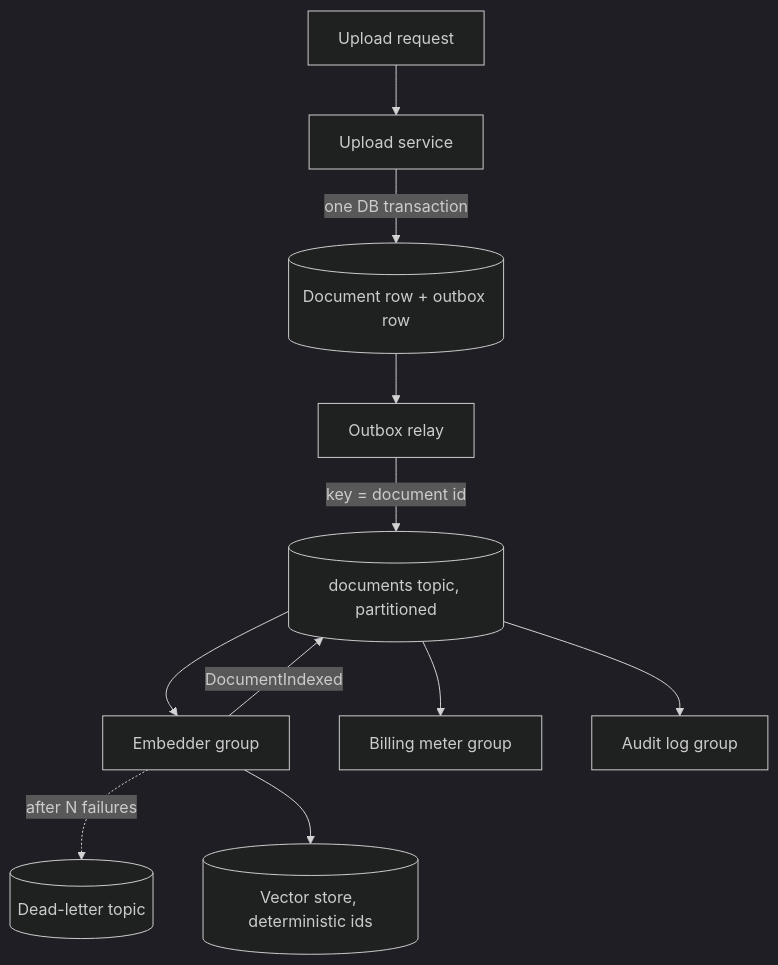
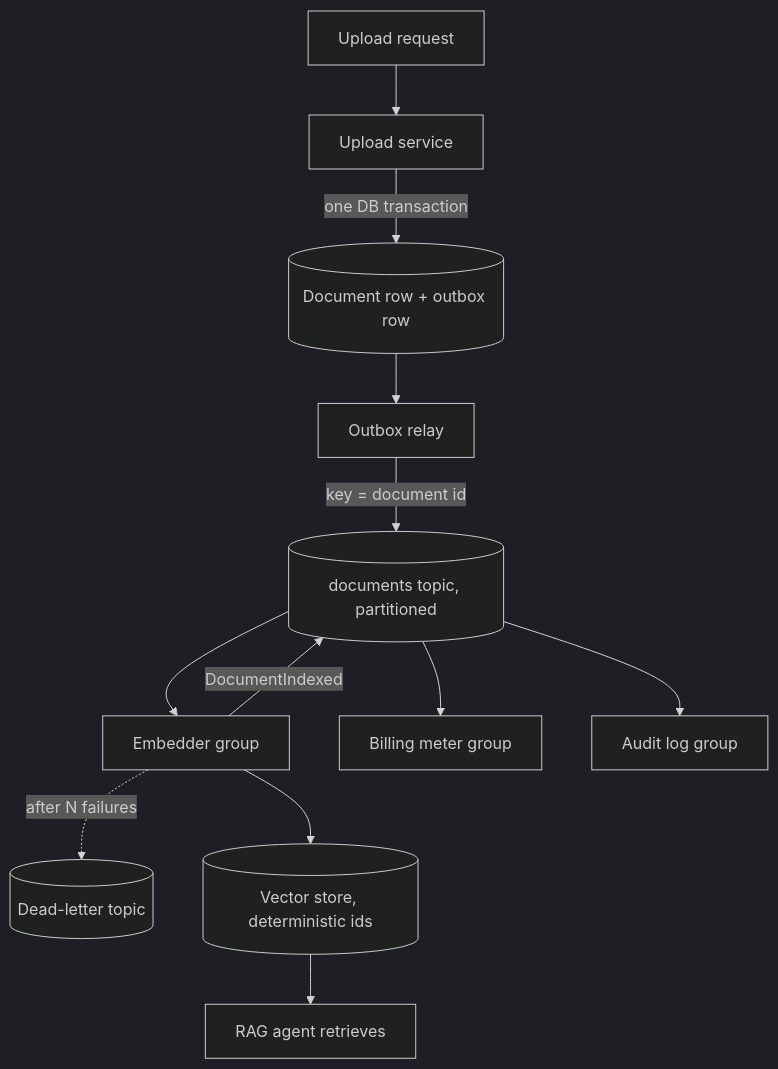
The diagram in content/system-design/event-driven-architecture.md (lovishmahajan97/agentic-learning), drawn with Mermaid (dark theme) before and after one commit. The commit also changed other lines of this file and 266 other files, not shown here.

````diff
--- a/content/system-design/event-driven-architecture.md
+++ b/content/system-design/event-driven-architecture.md
@@ -131,13 +166,14 @@
 ```mermaid
 flowchart TD
     U["Upload request"] --> P["Upload service"]
     P -->|"one DB transaction"| DB[("Document row + outbox row")]
     DB --> R["Outbox relay"]
     R -->|"key = document id"| T[("documents topic, partitioned")]
     T --> E["Embedder group"]
     T --> B["Billing meter group"]
     T --> A["Audit log group"]
     E -->|"DocumentIndexed"| T
     E -.->|"after N failures"| DLQ[("Dead-letter topic")]
     E --> V[("Vector store, deterministic ids")]
+    V --> AG["RAG agent retrieves"]
 ```
````
